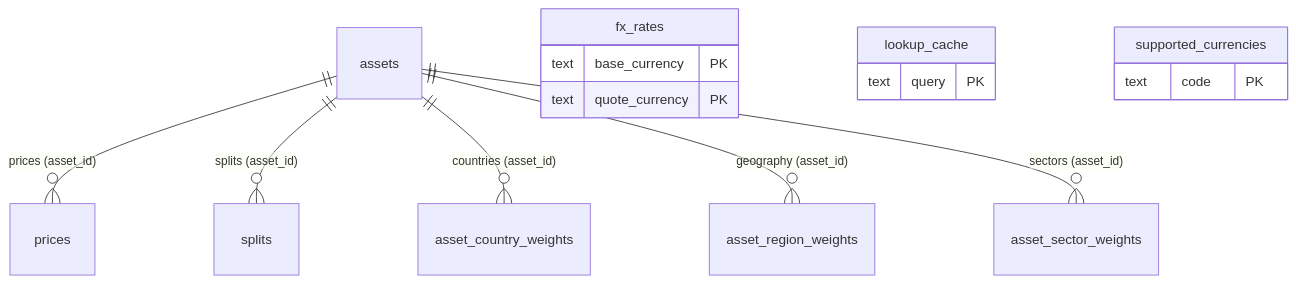
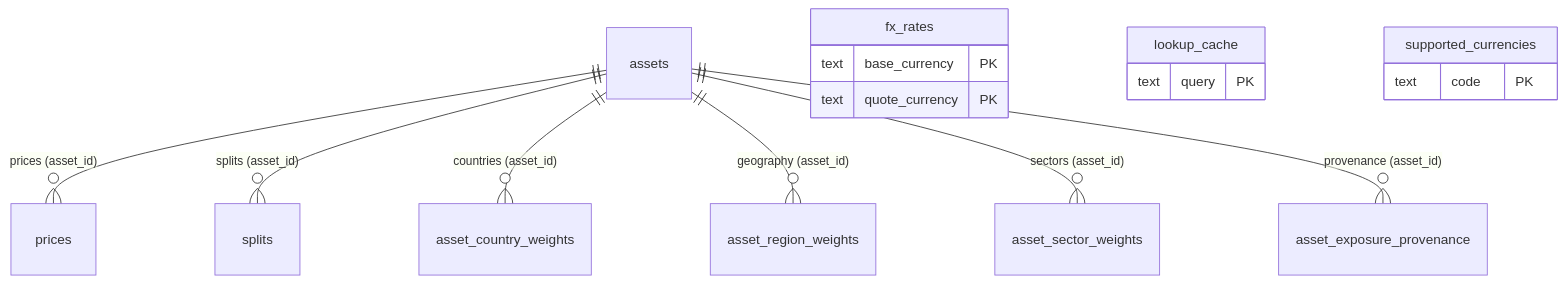
One commit to alv67/vault-lab changed the second of 2 diagrams in docs/DATABASE-GUIDE.en.md. Above: the diagram before and after it, drawn with Mermaid. The commit also changed other lines of this file and 18 other files, not shown here.

First line of the commit message:
feat(B.14): persist exposure provenance per dimension

````diff
--- a/docs/DATABASE-GUIDE.en.md
+++ b/docs/DATABASE-GUIDE.en.md
@@ -98,19 +98,20 @@
 ```mermaid
 erDiagram
     assets ||--o{ prices : "prices (asset_id)"
     assets ||--o{ splits : "splits (asset_id)"
     assets ||--o{ asset_country_weights : "countries (asset_id)"
     assets ||--o{ asset_region_weights : "geography (asset_id)"
     assets ||--o{ asset_sector_weights : "sectors (asset_id)"
+    assets ||--o{ asset_exposure_provenance : "provenance (asset_id)"
 
     fx_rates {
         text base_currency PK
         text quote_currency PK
     }
     lookup_cache {
         text query PK
     }
     supported_currencies {
         text code PK
     }
 ```
````
